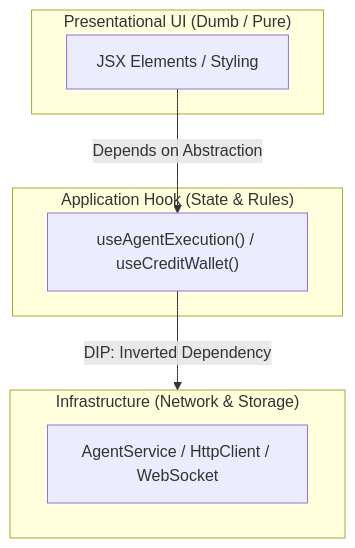
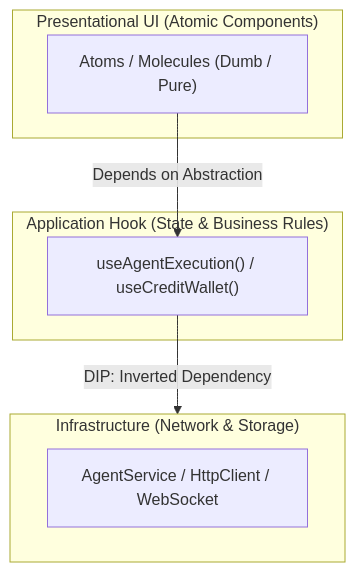
One commit to rm-Shayan/SMMA changed the second of 2 diagrams in docs/FRONTEND_ARCHITECTURE.md. Above: the diagram before and after it, drawn with Mermaid. The commit also changed other lines of this file, not shown here.

Commit message:
docs: enrich frontend architecture with Atomic Design System (Atoms, Molecules, Organisms) and DRY/KISS mandates

````diff
--- a/docs/FRONTEND_ARCHITECTURE.md
+++ b/docs/FRONTEND_ARCHITECTURE.md
@@ -19,17 +94,17 @@
 ```mermaid
 flowchart TD
-    subgraph UI_Layer["Presentational UI (Dumb / Pure)"]
-        JSX["JSX Elements / Styling"]
+    subgraph UI_Layer["Presentational UI (Atomic Components)"]
+        Atoms["Atoms / Molecules (Dumb / Pure)"]
     end
 
-    subgraph Domain_Hook["Application Hook (State & Rules)"]
+    subgraph Domain_Hook["Application Hook (State & Business Rules)"]
         Hook["useAgentExecution() / useCreditWallet()"]
     end
 
     subgraph Service_Layer["Infrastructure (Network & Storage)"]
         API["AgentService / HttpClient / WebSocket"]
     end
 
-    JSX -->|Depends on Abstraction| Hook
+    Atoms -->|Depends on Abstraction| Hook
     Hook -->|DIP: Inverted Dependency| Service_Layer
 ```
````
